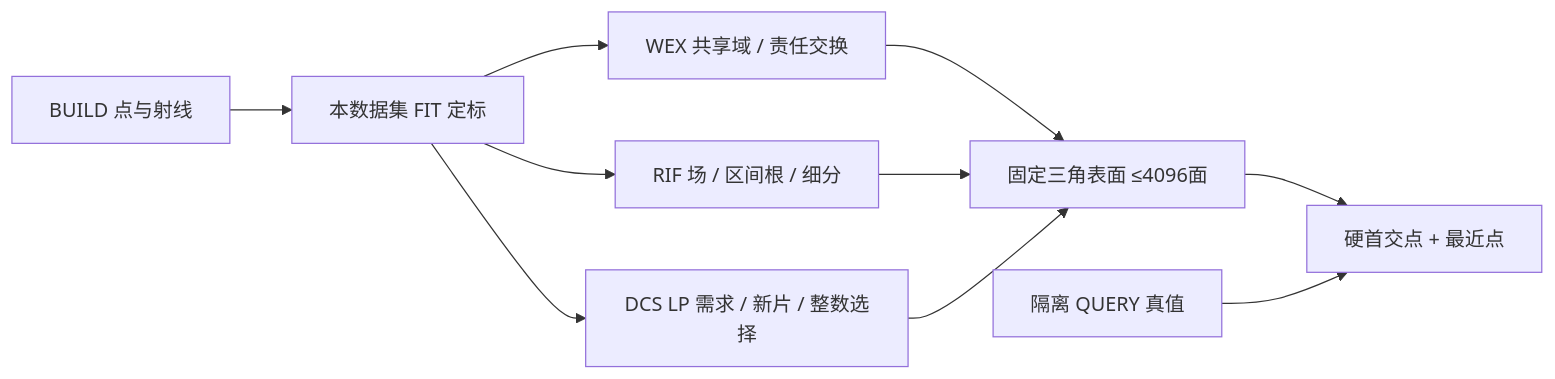
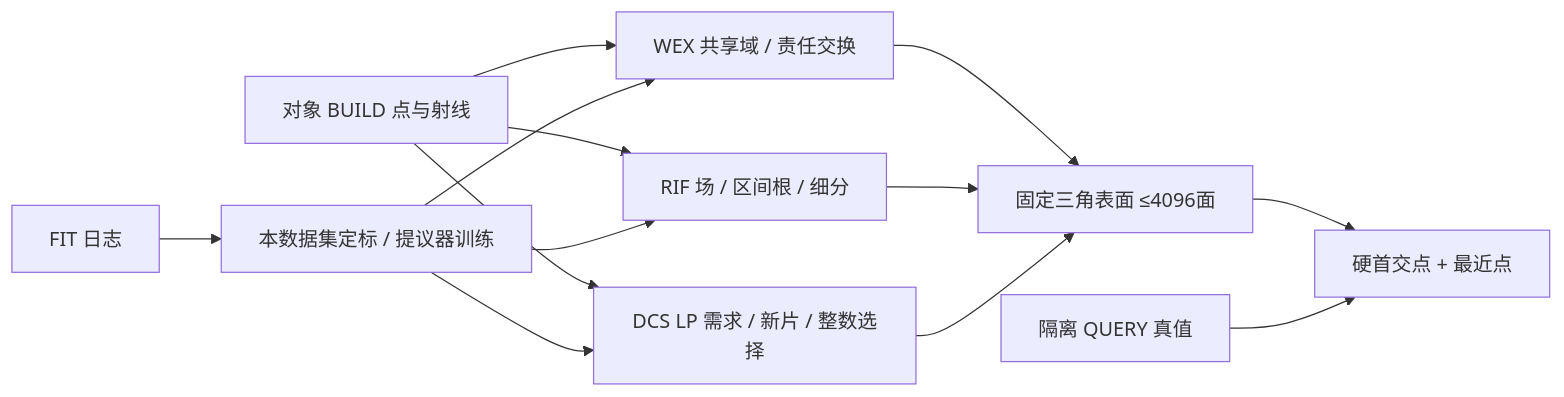
Before and after one commit to yunlongdeng123/Motion-Proj: the diagram in docs/WORLDSIM_V7_4_METHODS.md, drawn with Mermaid. The commit also changed other lines of this file and 66 other files, not shown here.

````diff
--- a/docs/WORLDSIM_V7_4_METHODS.md
+++ b/docs/WORLDSIM_V7_4_METHODS.md
@@ -5,12 +5,15 @@
 ```mermaid
 flowchart LR
-  B[BUILD 点与射线] --> P[本数据集 FIT 定标]
-  P --> A[WEX 共享域 / 责任交换]
-  P --> R[RIF 场 / 区间根 / 细分]
-  P --> C[DCS LP 需求 / 新片 / 整数选择]
+  F[FIT 日志] --> P[本数据集定标 / 提议器训练]
+  B[对象 BUILD 点与射线] --> A[WEX 共享域 / 责任交换]
+  B --> R[RIF 场 / 区间根 / 细分]
+  B --> C[DCS LP 需求 / 新片 / 整数选择]
+  P --> A
+  P --> R
+  P --> C
   A --> S[固定三角表面 ≤4096面]
   R --> S
   C --> S
   S --> E[硬首交点 + 最近点]
   Q[隔离 QUERY 真值] --> E
 ```
````
